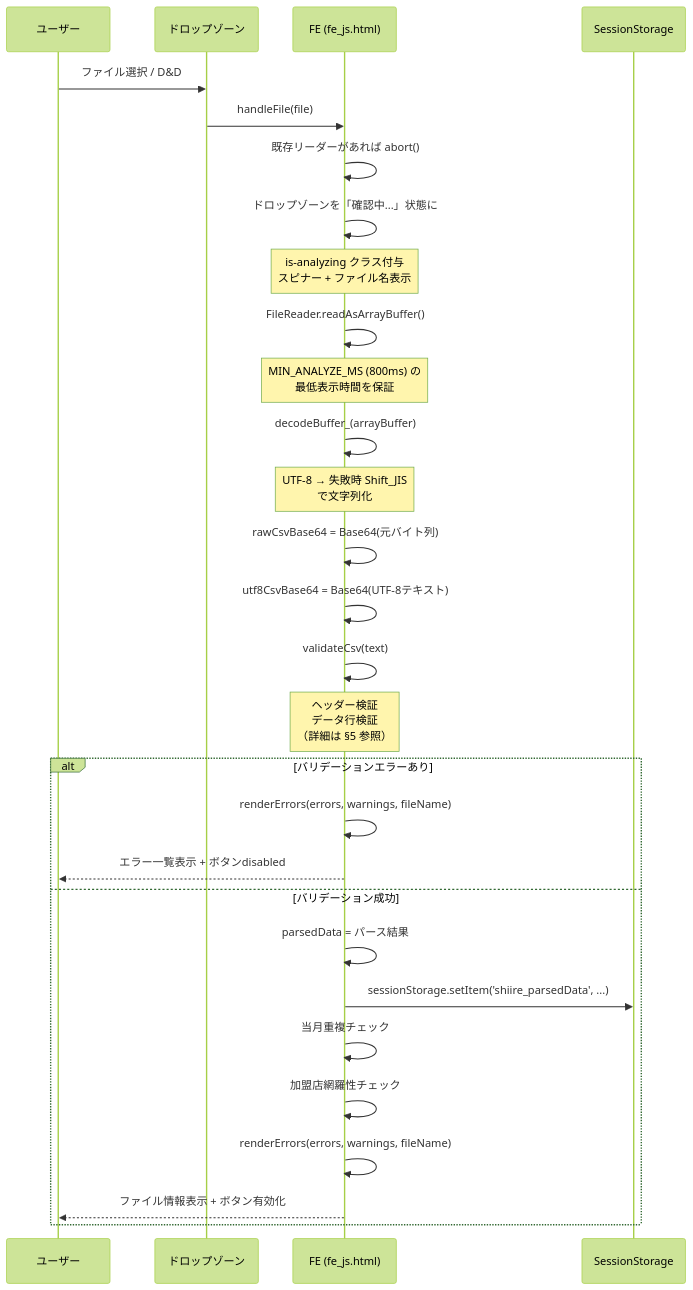
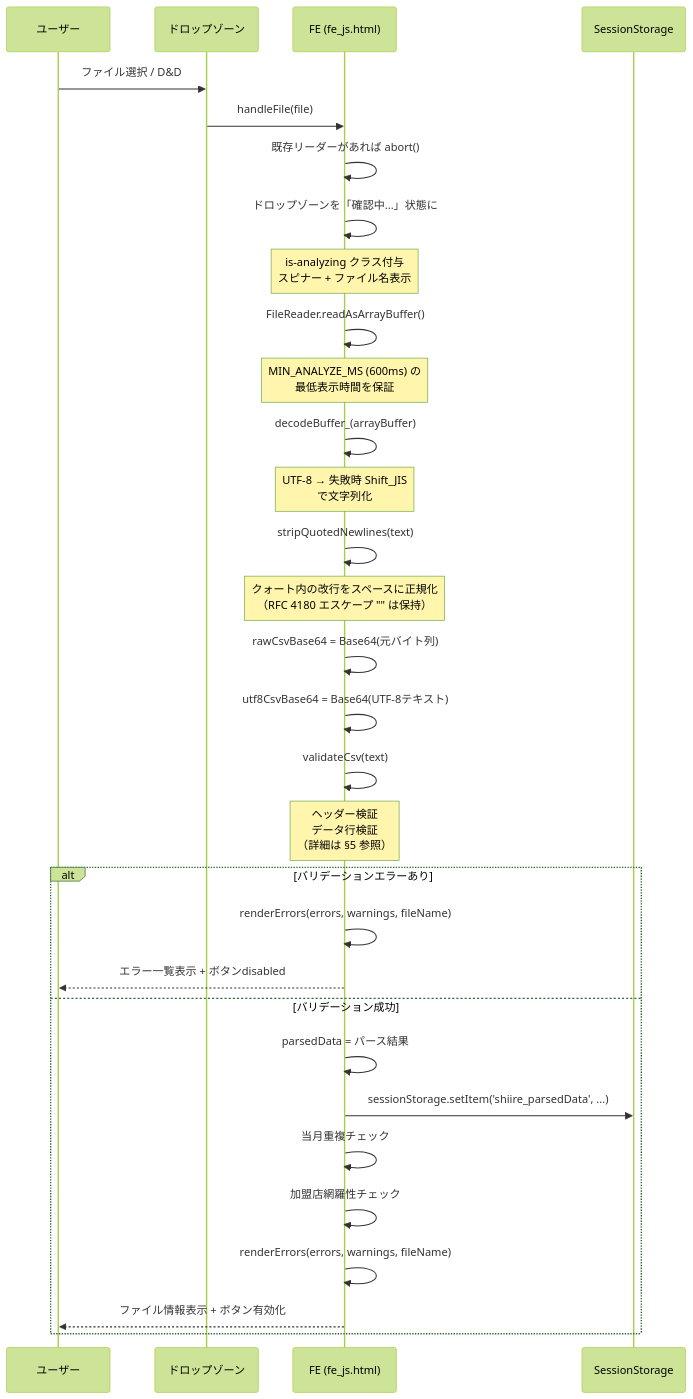
One commit to USEN-PAY-Products/connect-wholesale-gas-poc changed the third of 7 diagrams in docs/specifications/02_csv_upload_page.md. Above: the diagram before and after it, drawn with Mermaid (forest theme). The commit also changed other lines of this file and 13 other files, not shown here.

````diff
--- a/docs/specifications/02_csv_upload_page.md
+++ b/docs/specifications/02_csv_upload_page.md
@@ -148,38 +166,41 @@
 ```mermaid
 sequenceDiagram
     participant U as ユーザー
     participant DZ as ドロップゾーン
     participant FE as FE (fe_js.html)
     participant SS as SessionStorage
 
     U->>DZ: ファイル選択 / D&D
     DZ->>FE: handleFile(file)
 
     FE->>FE: 既存リーダーがあれば abort()
     FE->>FE: ドロップゾーンを「確認中...」状態に
     Note over FE: is-analyzing クラス付与<br/>スピナー + ファイル名表示
 
     FE->>FE: FileReader.readAsArrayBuffer()
-    Note over FE: MIN_ANALYZE_MS (800ms) の<br/>最低表示時間を保証
+    Note over FE: MIN_ANALYZE_MS (600ms) の<br/>最低表示時間を保証
 
     FE->>FE: decodeBuffer_(arrayBuffer)
     Note over FE: UTF-8 → 失敗時 Shift_JIS<br/>で文字列化
+
+    FE->>FE: stripQuotedNewlines(text)
+    Note over FE: クォート内の改行をスペースに正規化<br/>（RFC 4180 エスケープ "" は保持）
 
     FE->>FE: rawCsvBase64 = Base64(元バイト列)
     FE->>FE: utf8CsvBase64 = Base64(UTF-8テキスト)
 
     FE->>FE: validateCsv(text)
     Note over FE: ヘッダー検証<br/>データ行検証<br/>（詳細は §5 参照）
 
     alt バリデーションエラーあり
         FE->>FE: renderErrors(errors, warnings, fileName)
         FE-->>U: エラー一覧表示 + ボタンdisabled
     else バリデーション成功
         FE->>FE: parsedData = パース結果
         FE->>SS: sessionStorage.setItem('shiire_parsedData', ...)
         FE->>FE: 当月重複チェック
         FE->>FE: 加盟店網羅性チェック
         FE->>FE: renderErrors(errors, warnings, fileName)
         FE-->>U: ファイル情報表示 + ボタン有効化
     end
 ```
````
